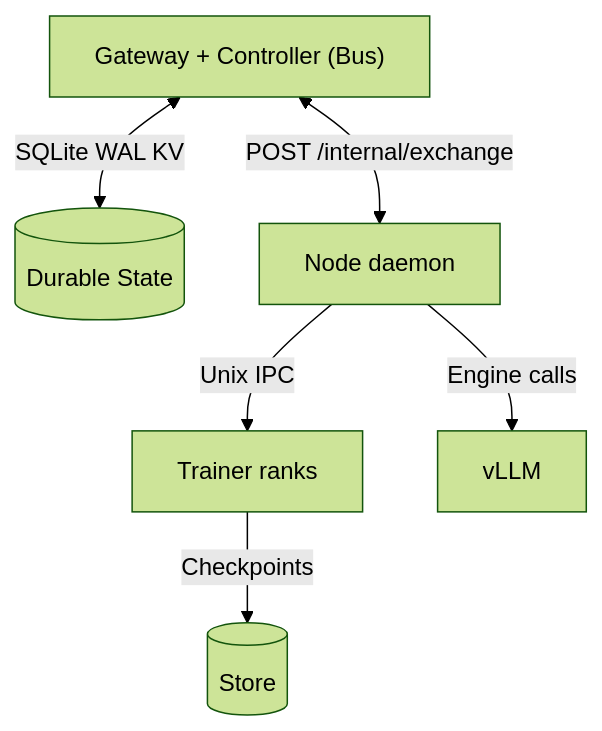
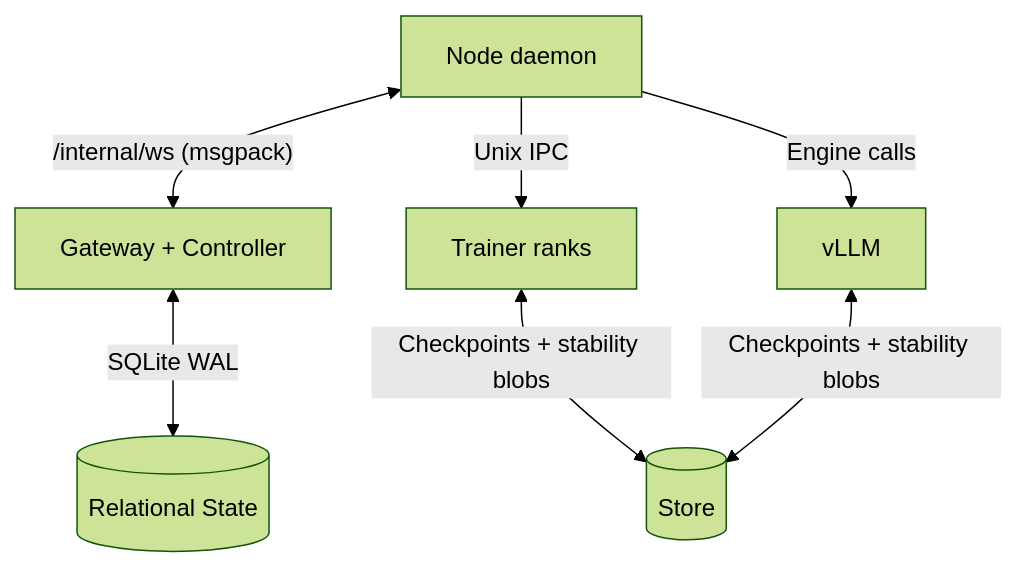
Before and after one commit to ShubyM/tiny-open-rl: the diagram in README.md, drawn with Mermaid (forest theme). The commit also changed other lines of this file and 56 other files, not shown here.

First line of the commit message:
Replace bus/exchange control plane with layered WebSocket fleet pager, fast CRIU restore, and delete simulator (#137)

````diff
--- a/README.md
+++ b/README.md
@@ -35,8 +35,8 @@
 ```mermaid
 flowchart TD
-  G["Gateway + Controller (Bus)"] <-->|SQLite WAL KV| D[("Durable State")]
-  G <-->|POST /internal/exchange| N["Node daemon"]
+  G["Gateway + Controller"] <-->|SQLite WAL| D[("Relational State")]
+  N["Node daemon"] <-->|"/internal/ws (msgpack)"| G
   N -->|Unix IPC| T["Trainer ranks"]
   N -->|Engine calls| V["vLLM"]
-  T -->|Checkpoints| C[("Store")]
+  T & V <-->|"Checkpoints + stability blobs"| C[("Store")]
 ```
````
